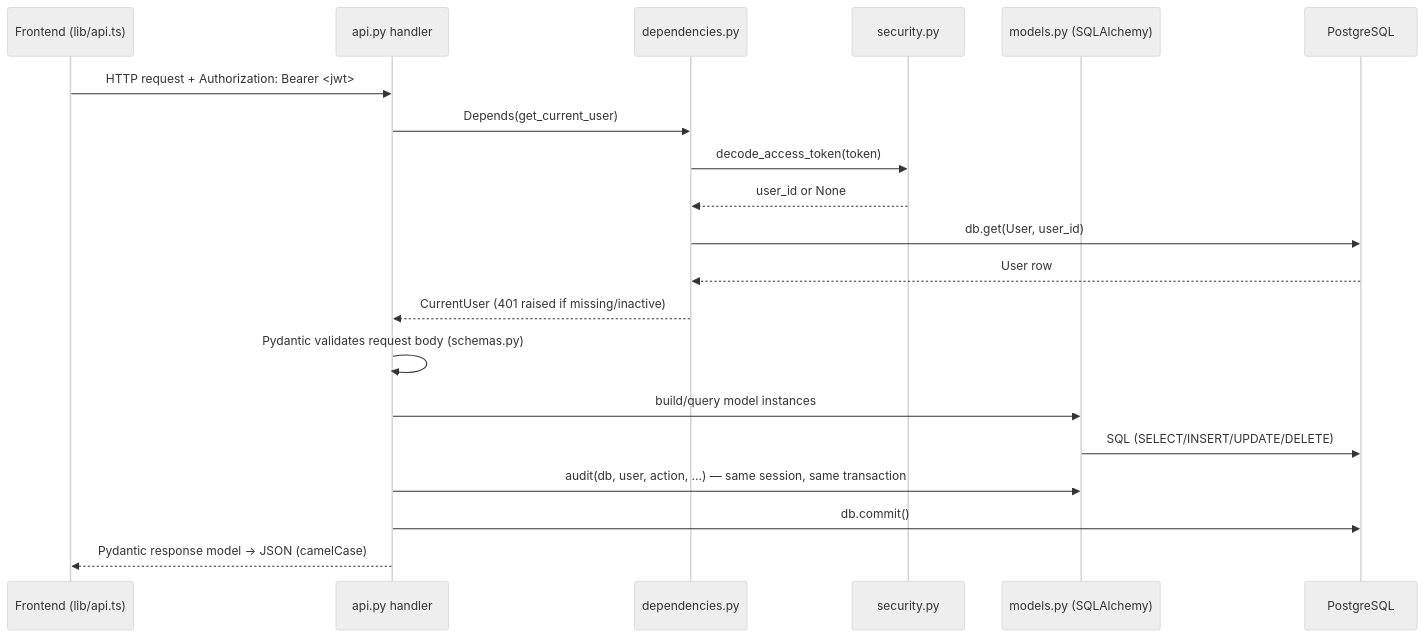
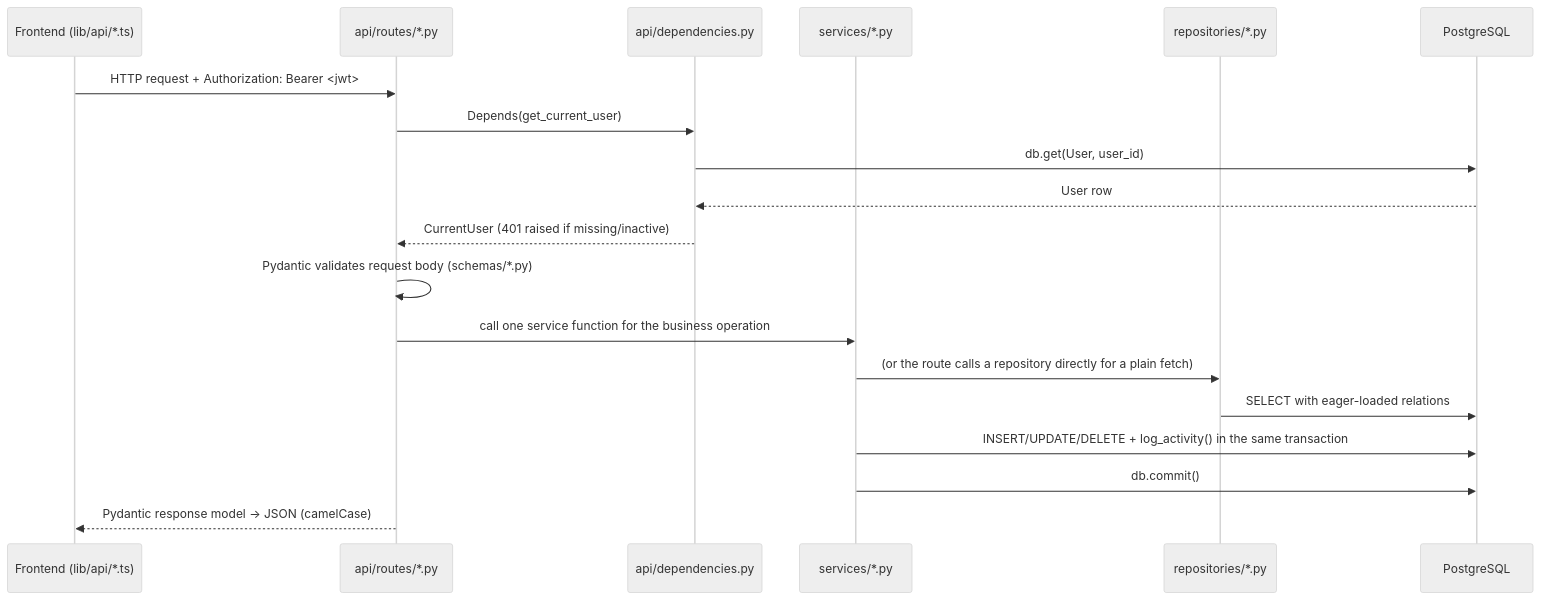
The diagram in docs/Backend/Architecture.md (techmanion/techmanion-portal), drawn with Mermaid (neutral theme) before and after one commit. The commit also changed other lines of this file and 120 other files, not shown here.

Commit message:
Refactor the frontend and backend to follow better code quality architecture

````diff
--- a/docs/Backend/Architecture.md
+++ b/docs/Backend/Architecture.md
@@ -54,23 +87,22 @@
 ```mermaid
 sequenceDiagram
-    participant FE as Frontend (lib/api.ts)
-    participant API as api.py handler
-    participant Dep as dependencies.py
-    participant Sec as security.py
-    participant ORM as models.py (SQLAlchemy)
+    participant FE as Frontend (lib/api/*.ts)
+    participant Route as api/routes/*.py
+    participant Dep as api/dependencies.py
+    participant Svc as services/*.py
+    participant Repo as repositories/*.py
     participant DB as PostgreSQL
 
-    FE->>API: HTTP request + Authorization: Bearer <jwt>
-    API->>Dep: Depends(get_current_user)
-    Dep->>Sec: decode_access_token(token)
-    Sec-->>Dep: user_id or None
+    FE->>Route: HTTP request + Authorization: Bearer <jwt>
+    Route->>Dep: Depends(get_current_user)
     Dep->>DB: db.get(User, user_id)
     DB-->>Dep: User row
-    Dep-->>API: CurrentUser (401 raised if missing/inactive)
-    API->>API: Pydantic validates request body (schemas.py)
-    API->>ORM: build/query model instances
-    ORM->>DB: SQL (SELECT/INSERT/UPDATE/DELETE)
-    API->>ORM: audit(db, user, action, ...) — same session, same transaction
-    API->>DB: db.commit()
-    API-->>FE: Pydantic response model → JSON (camelCase)
+    Dep-->>Route: CurrentUser (401 raised if missing/inactive)
+    Route->>Route: Pydantic validates request body (schemas/*.py)
+    Route->>Svc: call one service function for the business operation
+    Svc->>Repo: (or the route calls a repository directly for a plain fetch)
+    Repo->>DB: SELECT with eager-loaded relations
+    Svc->>DB: INSERT/UPDATE/DELETE + log_activity() in the same transaction
+    Svc->>DB: db.commit()
+    Route-->>FE: Pydantic response model → JSON (camelCase)
 ```
````
